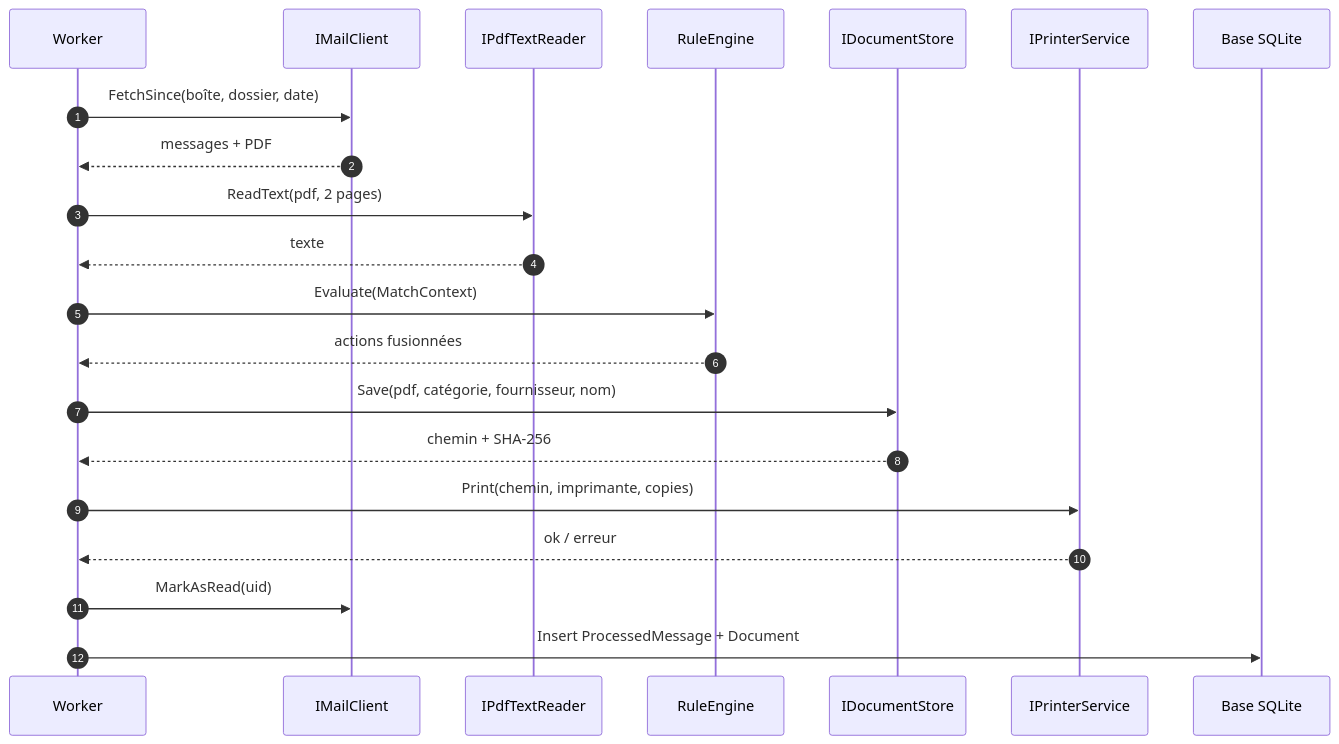
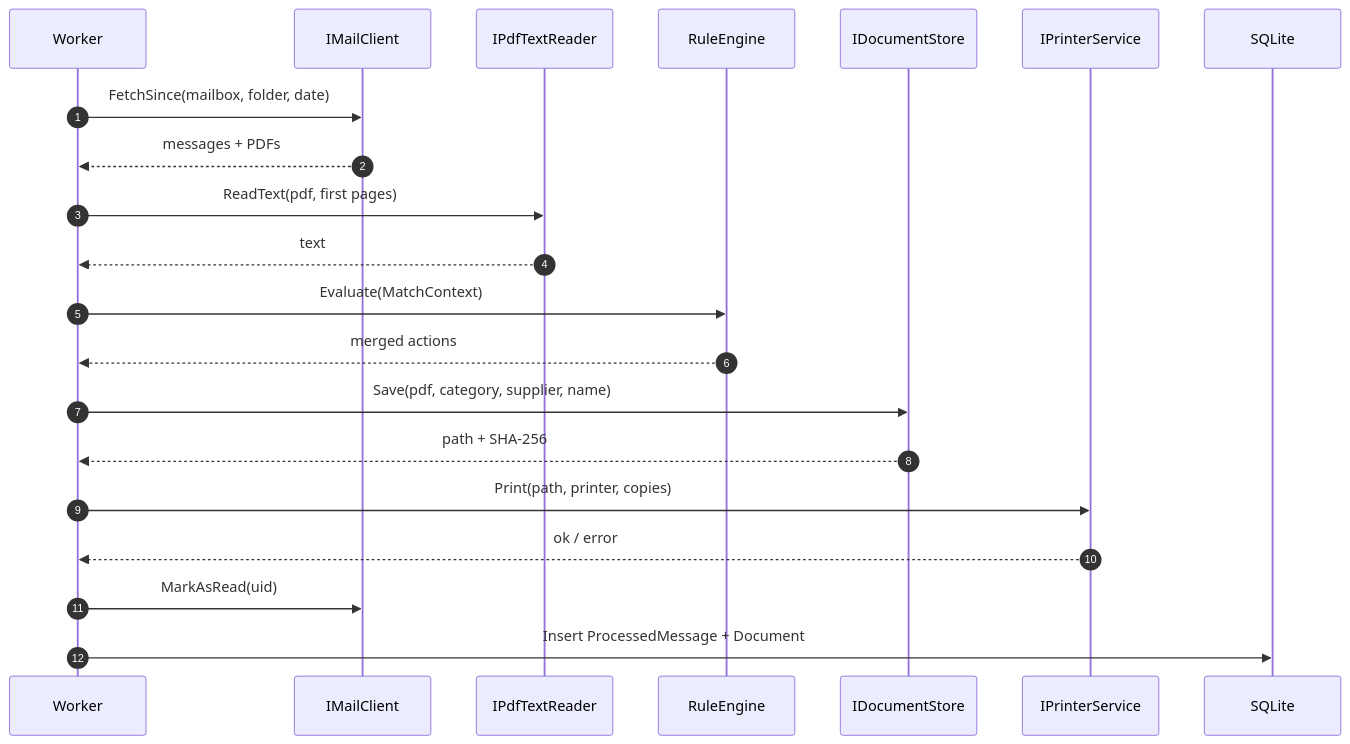
The third of 5 diagrams in README.md (ArmSal/mailflow), drawn with Mermaid before and after one commit. The commit also changed other lines of this file and 3 other files, not shown here.

````diff
--- a/README.md
+++ b/README.md
@@ -171,24 +100,24 @@
 ```mermaid
 sequenceDiagram
     autonumber
     participant W as Worker
     participant MC as IMailClient
     participant PR as IPdfTextReader
     participant RE as RuleEngine
     participant DS as IDocumentStore
     participant PS as IPrinterService
-    participant DB as Base SQLite
+    participant DB as SQLite
 
-    W->>MC: FetchSince(boîte, dossier, date)
-    MC-->>W: messages + PDF
-    W->>PR: ReadText(pdf, 2 pages)
-    PR-->>W: texte
+    W->>MC: FetchSince(mailbox, folder, date)
+    MC-->>W: messages + PDFs
+    W->>PR: ReadText(pdf, first pages)
+    PR-->>W: text
     W->>RE: Evaluate(MatchContext)
-    RE-->>W: actions fusionnées
-    W->>DS: Save(pdf, catégorie, fournisseur, nom)
-    DS-->>W: chemin + SHA-256
-    W->>PS: Print(chemin, imprimante, copies)
-    PS-->>W: ok / erreur
+    RE-->>W: merged actions
+    W->>DS: Save(pdf, category, supplier, name)
+    DS-->>W: path + SHA-256
+    W->>PS: Print(path, printer, copies)
+    PS-->>W: ok / error
     W->>MC: MarkAsRead(uid)
     W->>DB: Insert ProcessedMessage + Document
 ```
````
